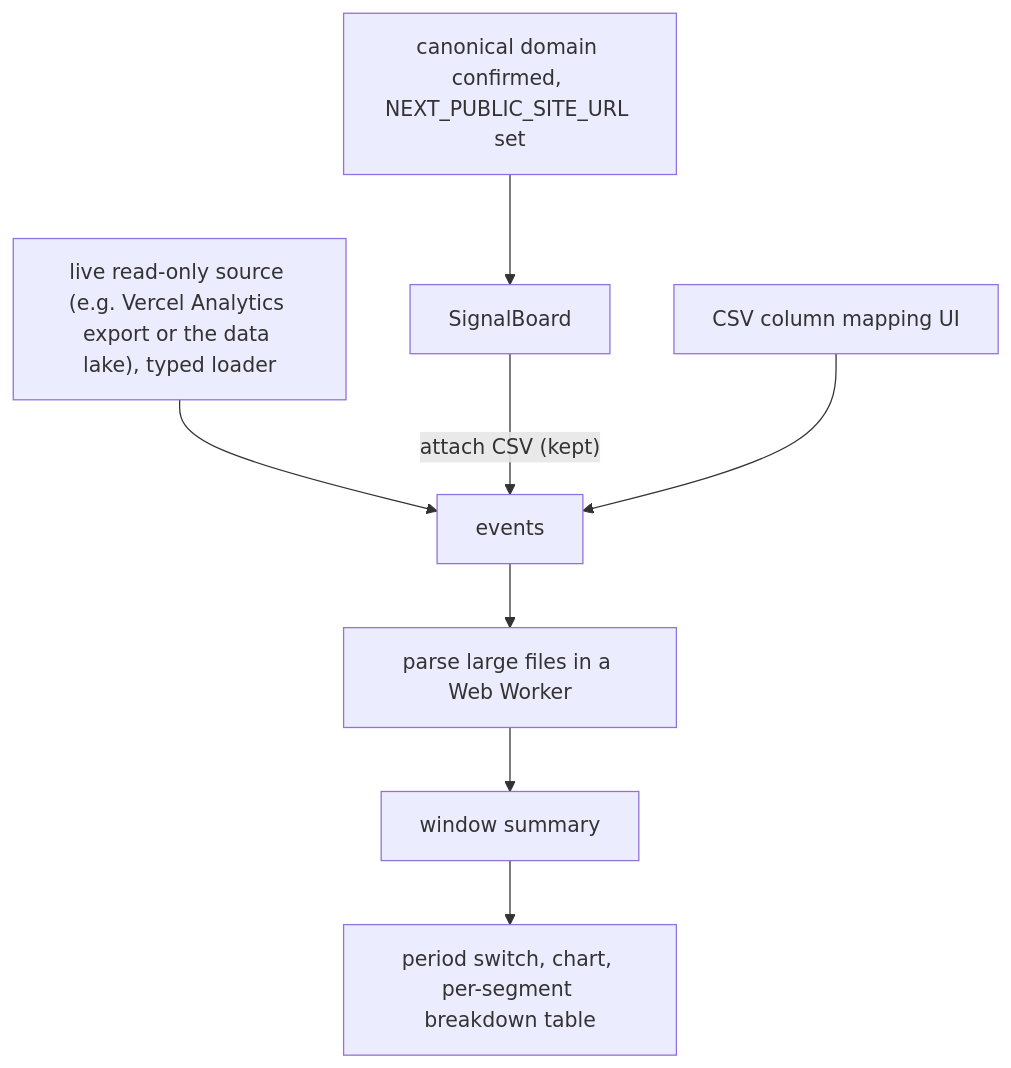
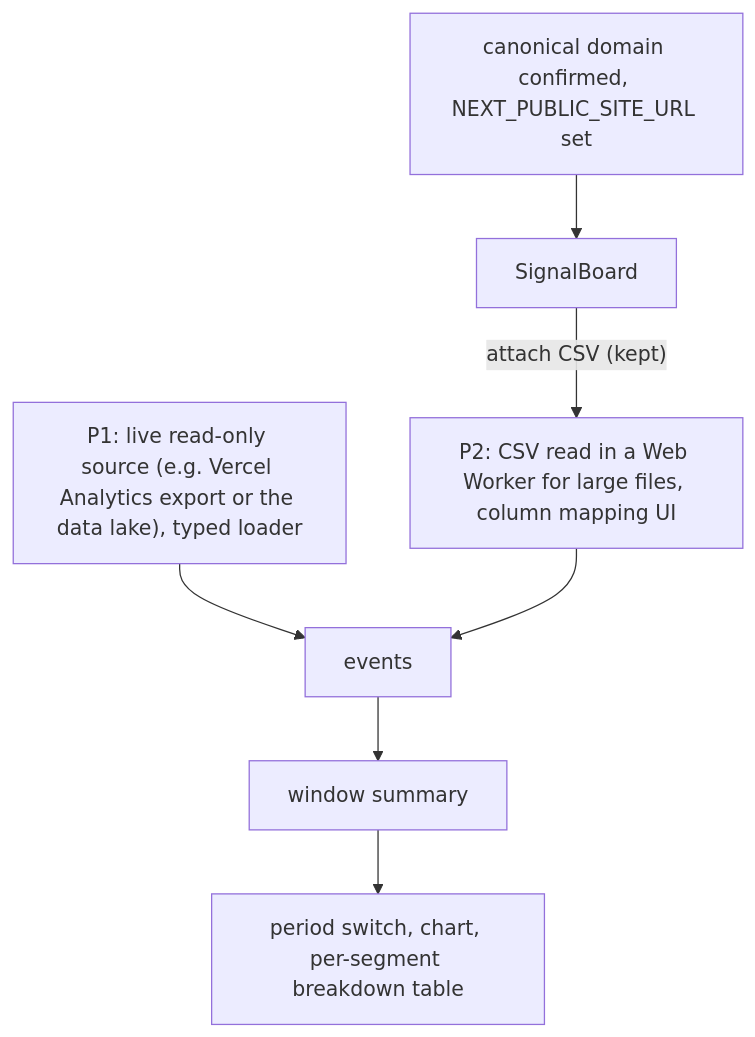
One commit to bookchaowalit-ai/data-analytics-dashboard-web changed the second of 2 diagrams in docs/diagrams/01-business-process.md. Above: the diagram before and after it, drawn with Mermaid. The commit also changed other lines of this file, not shown here.

````diff
--- a/docs/diagrams/01-business-process.md
+++ b/docs/diagrams/01-business-process.md
@@ -45,10 +48,9 @@
 ```mermaid
 flowchart TD
-  LIVE["live read-only source (e.g. Vercel Analytics export or the data lake), typed loader"] --> PARSE["events"]
-  BOARD["SignalBoard"] -->|"attach CSV (kept)"| PARSE
-  PARSE --> WORKER["parse large files in a Web Worker"]
-  WORKER --> SUMMARY["window summary"]
-  MAP["CSV column mapping UI"] --> PARSE
+  LIVE["P1: live read-only source (e.g. Vercel Analytics export or the data lake), typed loader"] --> EVENTS["events"]
+  BOARD["SignalBoard"] -->|"attach CSV (kept)"| CSVP["P2: CSV read in a Web Worker for large files, column mapping UI"]
+  CSVP --> EVENTS
+  EVENTS --> SUMMARY["window summary"]
   SUMMARY --> VIEW["period switch, chart, per-segment breakdown table"]
   DOMAIN["canonical domain confirmed, NEXT_PUBLIC_SITE_URL set"] --> BOARD
 ```
````
